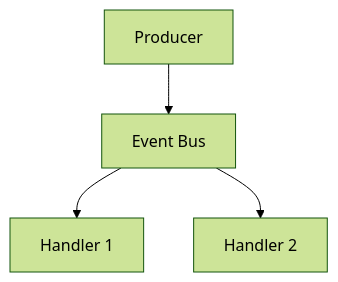
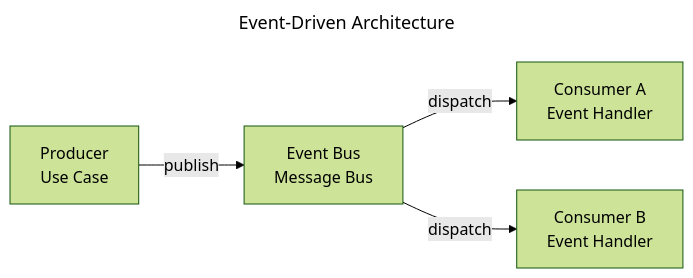
Before and after one commit to forging-blocks-org/forging-blocks: the diagram in docs/architectural-styles/event-driven.md, drawn with Mermaid (forest theme). The commit also changed other lines of this file and 15 other files, not shown here.

````diff
--- a/docs/architectural-styles/event-driven.md
+++ b/docs/architectural-styles/event-driven.md
@@ -9,6 +20,9 @@
 ```mermaid
-flowchart TD
-    A[Producer] --> EVT[Event Bus]
-    EVT --> H1[Handler 1]
-    EVT --> H2[Handler 2]
+---
+title: Event-Driven Architecture
+---
+graph LR
+    Producer[Producer<br/>Use Case] -->|publish| EventBus[Event Bus<br/>Message Bus]
+    EventBus -->|dispatch| ConsumerA[Consumer A<br/>Event Handler]
+    EventBus -->|dispatch| ConsumerB[Consumer B<br/>Event Handler]
 ```
````
